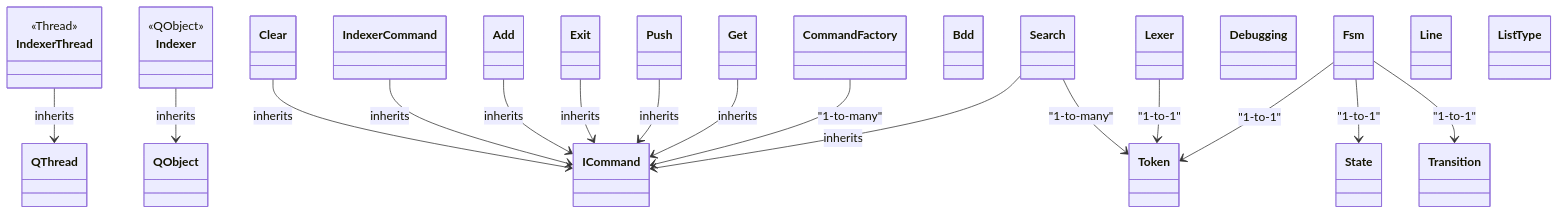
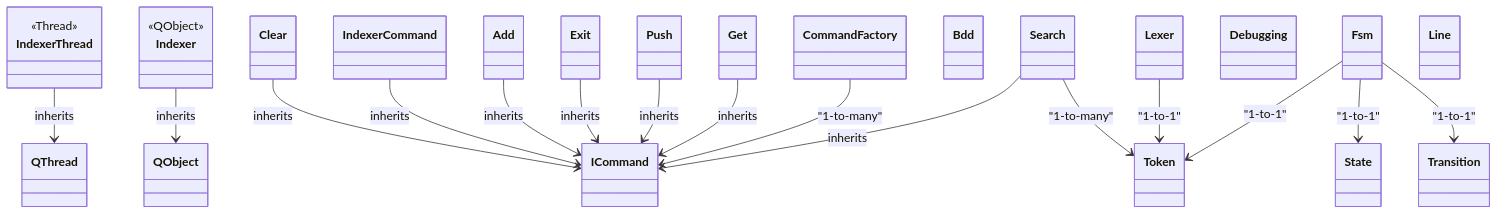
One commit to ski-sync/indexing_client_server changed the first of 2 diagrams in README.md. Above: the diagram before and after it, drawn with Mermaid. The commit also changed 2 other files, not shown here.

Commit message:
fix: remove listType

````diff
--- a/README.md
+++ b/README.md
@@ -44,64 +44,62 @@
 ```mermaid
 classDiagram
     class IndexerThread {
         <<Thread>>
     }
     class Indexer {
         <<QObject>>
     }
     class ICommand {
     }
     class Clear {
     }
     class IndexerCommand {
     }
     class Add {
     }
     class Exit {
     }
     class Push {
     }
     class Search {
     }
     class Get {
     }
     class Bdd {
     }
     class State {
     }
     class Fsm {
     }
     class Transition {
     }
     class CommandFactory {
     }
     class Debugging {
     }
     class Lexer {
     }
     class Line {
     }
     class Token {
     }
-    class ListType {
-    }
 
     %% Inheritance relationships
     IndexerThread --> QThread : inherits
     Indexer --> QObject : inherits
     Clear --> ICommand : inherits
     IndexerCommand --> ICommand : inherits
     Add --> ICommand : inherits
     Exit --> ICommand : inherits
     Push --> ICommand : inherits
     Search --> ICommand : inherits
     Get --> ICommand : inherits
 
     %% Associations
     Fsm --> Token : "1-to-1"
     Fsm --> State : "1-to-1"
     Fsm --> Transition : "1-to-1"
     Lexer --> Token : "1-to-1"
     CommandFactory --> ICommand : "1-to-many"
     Search --> Token : "1-to-many"
 ```
````
